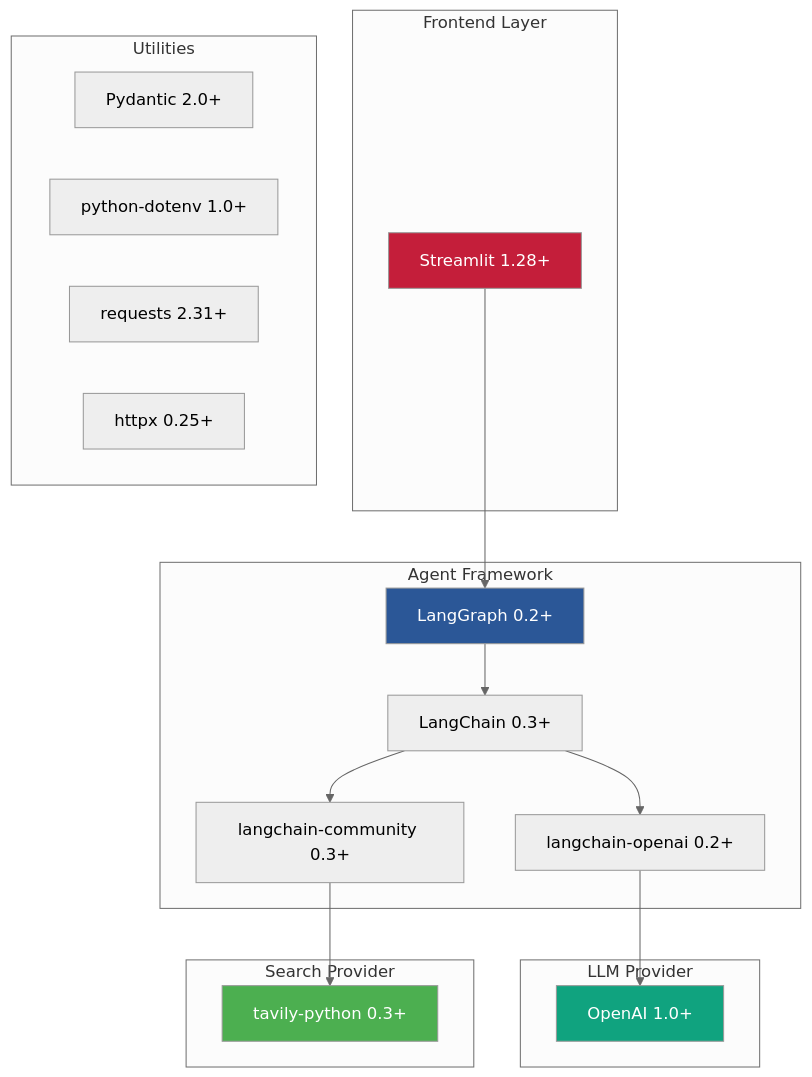
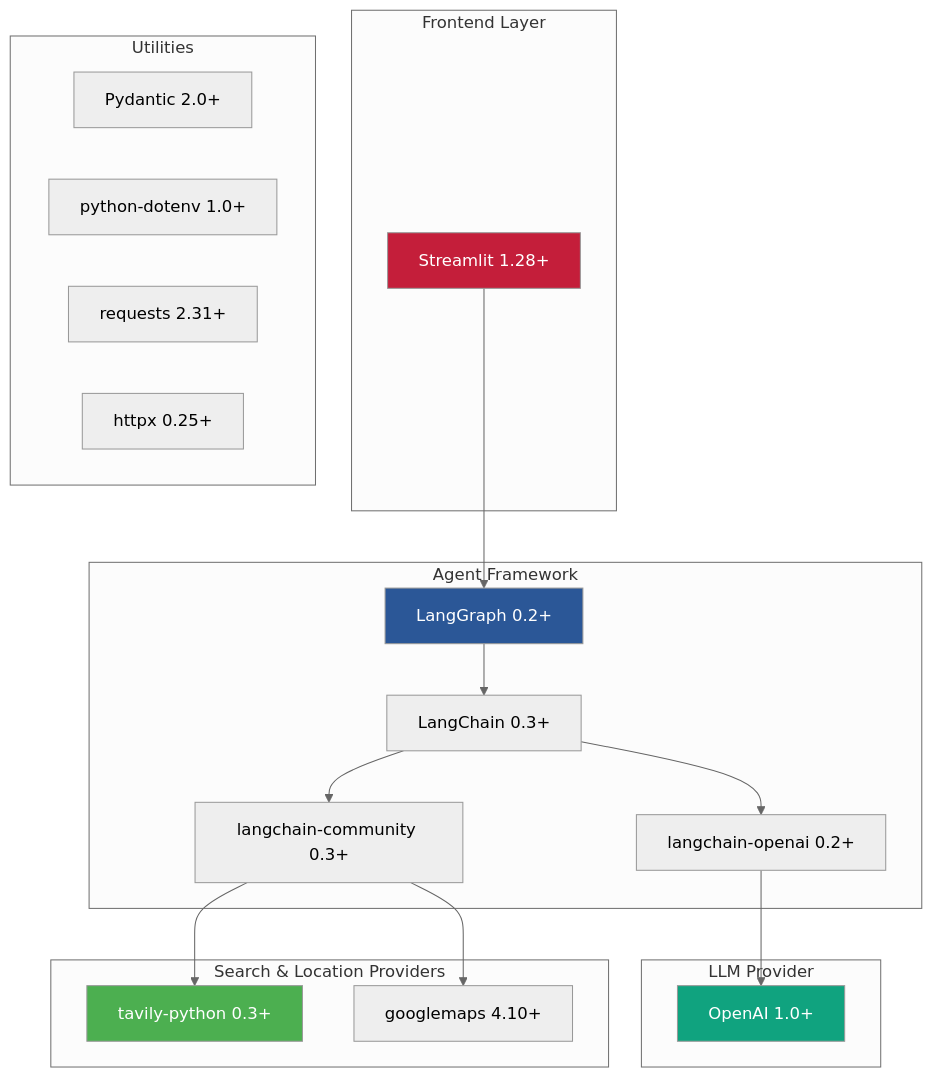
Before and after one commit to riko-py-mk/japan_sake_guide_app: the tenth of 13 diagrams in SYSTEM_DIAGRAM.md, drawn with Mermaid (neutral theme). The commit also changed other lines of this file and 1 other file, not shown here.

First line of the commit message:
Update README and system architecture documentation

````diff
--- a/SYSTEM_DIAGRAM.md
+++ b/SYSTEM_DIAGRAM.md
@@ -353,39 +430,40 @@
 ```mermaid
 graph TB
     subgraph "Frontend Layer"
         ST[Streamlit 1.28+]
     end
 
     subgraph "Agent Framework"
         LG[LangGraph 0.2+]
         LC[LangChain 0.3+]
         LCO[langchain-openai 0.2+]
         LCC[langchain-community 0.3+]
     end
 
     subgraph "LLM Provider"
         OPENAI[OpenAI 1.0+]
     end
 
-    subgraph "Search Provider"
+    subgraph "Search & Location Providers"
         TAV[tavily-python 0.3+]
+        GMAP[googlemaps 4.10+]
     end
 
     subgraph "Utilities"
         PYD[Pydantic 2.0+]
         DOT[python-dotenv 1.0+]
         REQ[requests 2.31+]
         HTT[httpx 0.25+]
     end
 
     ST --> LG
     LG --> LC
     LC --> LCO & LCC
     LCO --> OPENAI
-    LCC --> TAV
+    LCC --> TAV & GMAP
 
     style ST fill:#c41e3a,color:#fff
     style LG fill:#2b5797,color:#fff
     style OPENAI fill:#10a37f,color:#fff
     style TAV fill:#4CAF50,color:#fff
 ```
````
